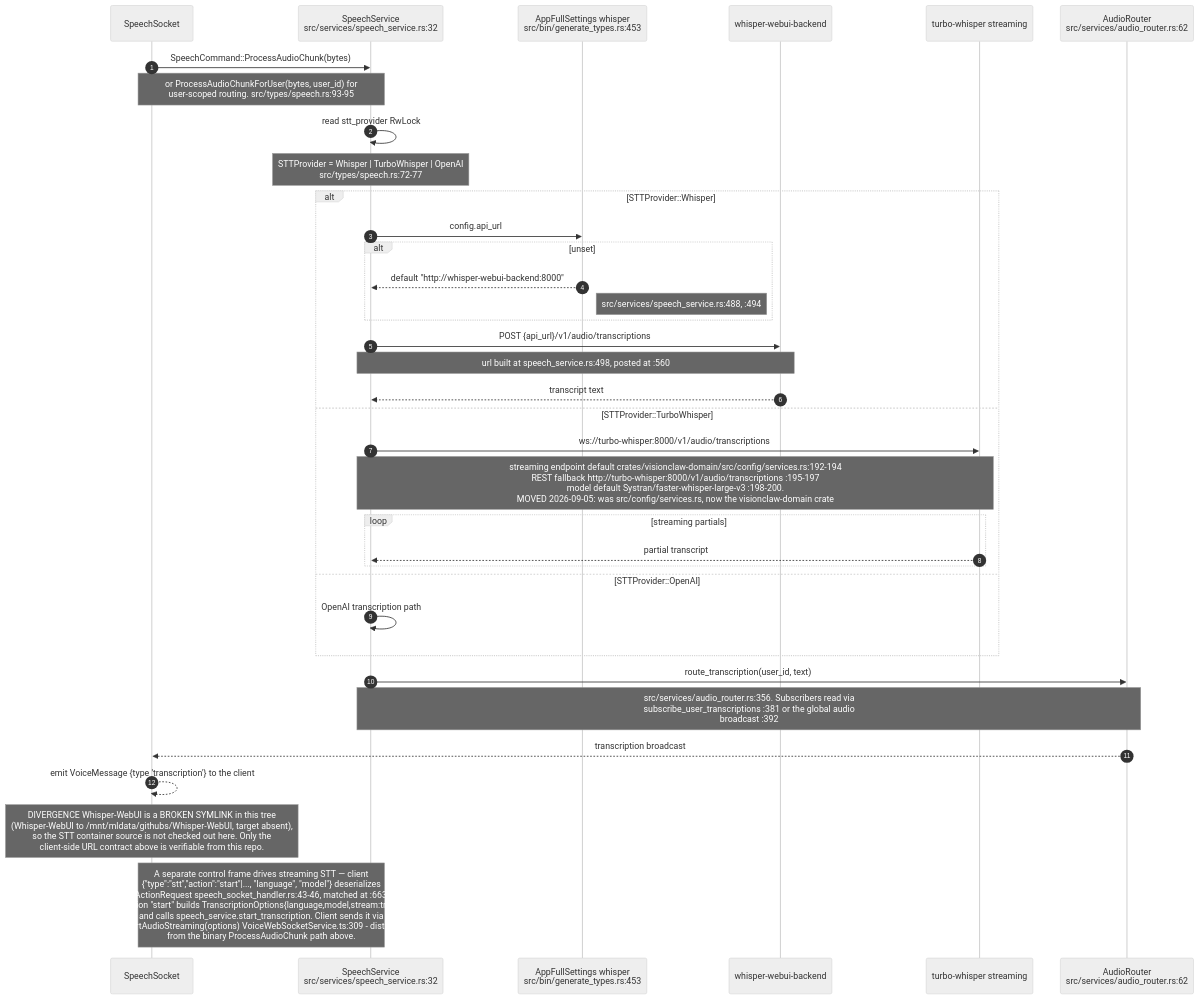
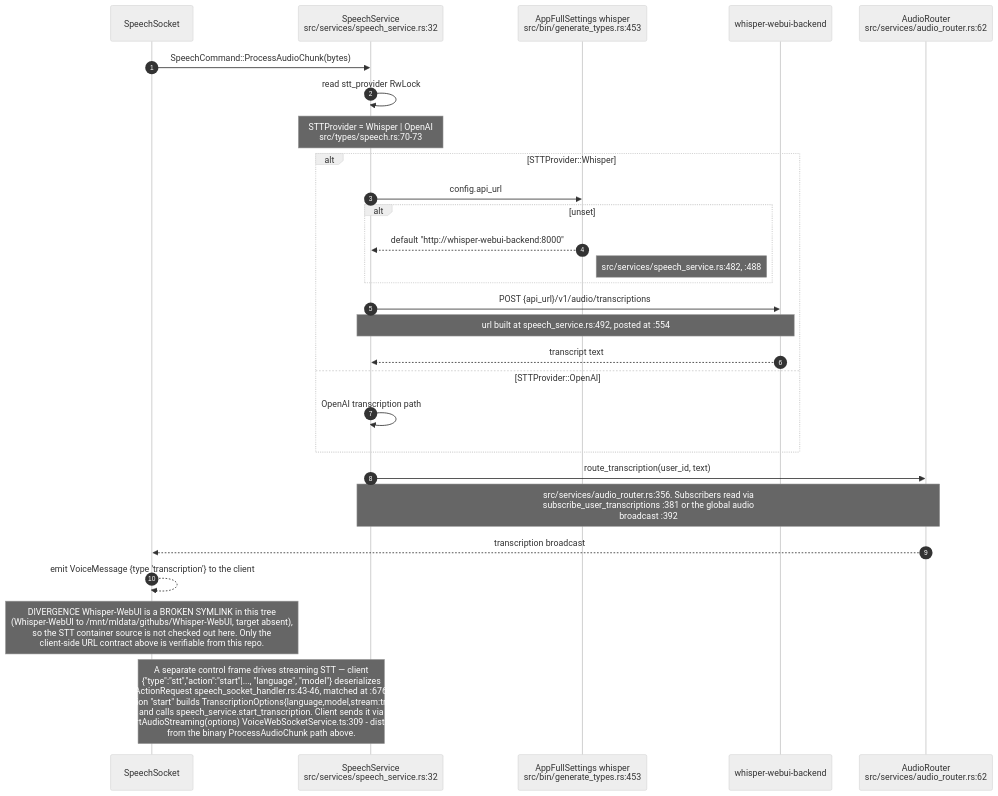
The fifth of 12 diagrams in docs/diagrams/visionclaw/35-voice-end-to-end.md (DreamLab-AI/VisionFlow), drawn with Mermaid (neutral theme) before and after one commit. The commit also changed other lines of this file and 160 other files, not shown here.

````diff
--- a/docs/diagrams/visionclaw/35-voice-end-to-end.md
+++ b/docs/diagrams/visionclaw/35-voice-end-to-end.md
@@ -265,39 +268,31 @@
 ```mermaid
 sequenceDiagram
     autonumber
     participant SS as SpeechSocket
     participant SP as SpeechService<br/>src/services/speech_service.rs:32
     participant CFG as AppFullSettings whisper<br/>src/bin/generate_types.rs:453
     participant WH as whisper-webui-backend
-    participant TW as turbo-whisper streaming
     participant AR as AudioRouter<br/>src/services/audio_router.rs:62
 
     SS->>SP: SpeechCommand::ProcessAudioChunk(bytes)
-    Note over SS,SP: or ProcessAudioChunkForUser(bytes, user_id) for<br/>user-scoped routing. src/types/speech.rs:93-95
     SP->>SP: read stt_provider RwLock
-    Note over SP: STTProvider = Whisper | TurboWhisper | OpenAI<br/>src/types/speech.rs:72-77
+    Note over SP: STTProvider = Whisper | OpenAI<br/>src/types/speech.rs:70-73
     alt STTProvider::Whisper
         SP->>CFG: config.api_url
         alt unset
             CFG-->>SP: default "http://whisper-webui-backend:8000"
-            Note right of CFG: src/services/speech_service.rs:488, :494
+            Note right of CFG: src/services/speech_service.rs:482, :488
         end
         SP->>WH: POST {api_url}/v1/audio/transcriptions
-        Note over SP,WH: url built at speech_service.rs:498, posted at :560
+        Note over SP,WH: url built at speech_service.rs:492, posted at :554
         WH-->>SP: transcript text
-    else STTProvider::TurboWhisper
-        SP->>TW: ws://turbo-whisper:8000/v1/audio/transcriptions
-        Note over SP,TW: streaming endpoint default crates/visionclaw-domain/src/config/services.rs:192-194<br/>REST fallback http://turbo-whisper:8000/v1/audio/transcriptions :195-197<br/>model default Systran/faster-whisper-large-v3 :198-200.<br/>MOVED 2026-09-05: was src/config/services.rs, now the visionclaw-domain crate
-        loop streaming partials
-            TW-->>SP: partial transcript
-        end
     else STTProvider::OpenAI
         SP->>SP: OpenAI transcription path
     end
     SP->>AR: route_transcription(user_id, text)
     Note over SP,AR: src/services/audio_router.rs:356. Subscribers read via<br/>subscribe_user_transcriptions :381 or the global audio<br/>broadcast :392
     AR-->>SS: transcription broadcast
     SS-->>SS: emit VoiceMessage {type 'transcription'} to the client
     Note over SS: DIVERGENCE Whisper-WebUI is a BROKEN SYMLINK in this tree<br/>(Whisper-WebUI to /mnt/mldata/githubs/Whisper-WebUI, target absent),<br/>so the STT container source is not checked out here. Only the<br/>client-side URL contract above is verifiable from this repo.
-    Note over SS,SP: A separate control frame drives streaming STT — client<br/>{"type":"stt","action":"start"|..., "language", "model"} deserializes<br/>to STTActionRequest speech_socket_handler.rs:43-46, matched at :663-666 —<br/>action "start" builds TranscriptionOptions{language,model,stream:true}<br/>and calls speech_service.start_transcription. Client sends it via<br/>startAudioStreaming(options) VoiceWebSocketService.ts:309 - distinct<br/>from the binary ProcessAudioChunk path above.
+    Note over SS,SP: A separate control frame drives streaming STT — client<br/>{"type":"stt","action":"start"|..., "language", "model"} deserializes<br/>to STTActionRequest speech_socket_handler.rs:43-46, matched at :676-679 —<br/>action "start" builds TranscriptionOptions{language,model,stream:true}<br/>and calls speech_service.start_transcription. Client sends it via<br/>startAudioStreaming(options) VoiceWebSocketService.ts:309 - distinct<br/>from the binary ProcessAudioChunk path above.
 ```
````
